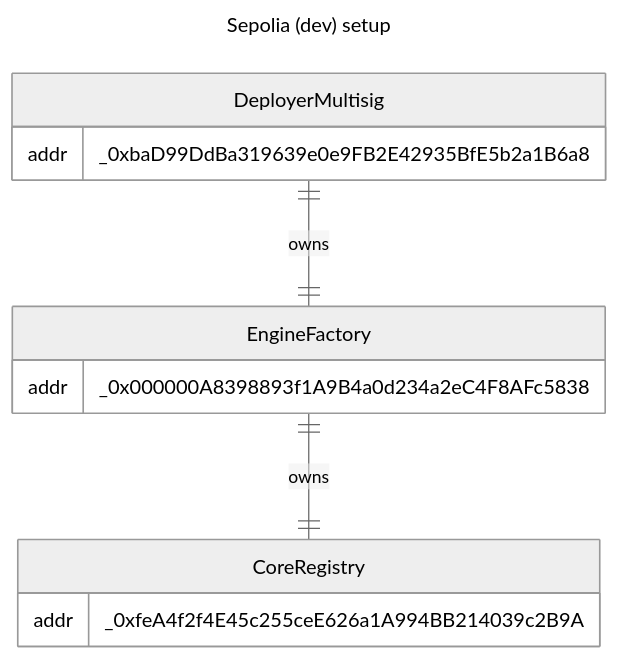
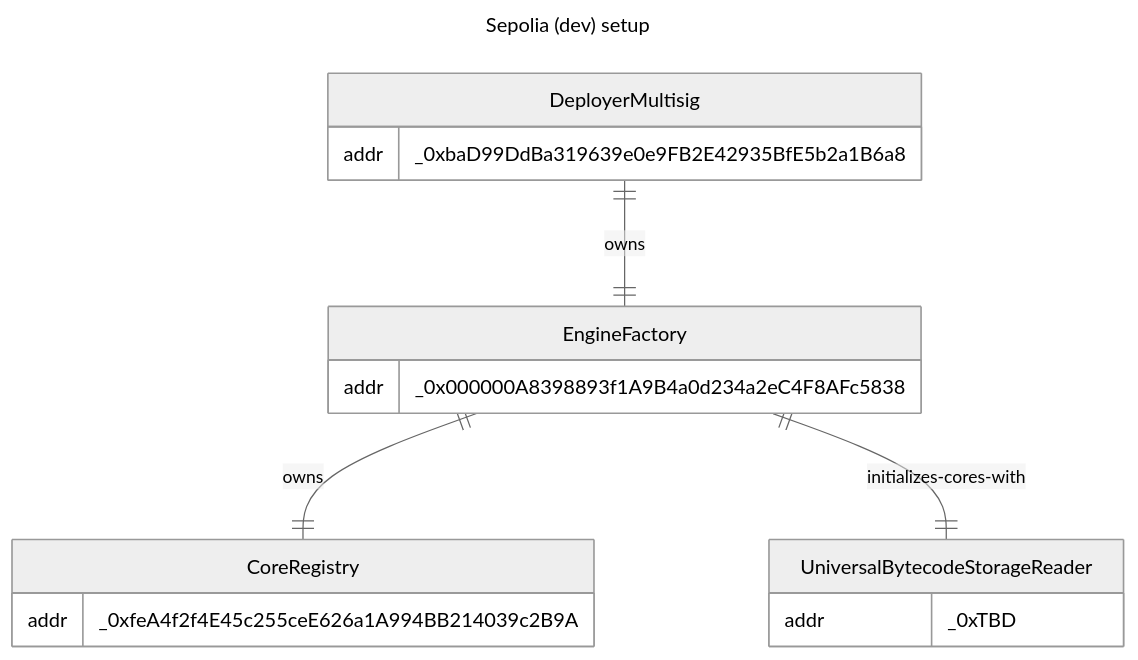
The fourth of 4 diagrams in packages/contracts/INFRASTRUCTURE.md (void-smith660/artblocks-contracts), drawn with Mermaid (neutral theme) before and after one commit. The commit also changed other lines of this file, not shown here.

````diff
--- a/packages/contracts/INFRASTRUCTURE.md
+++ b/packages/contracts/INFRASTRUCTURE.md
@@ -87,17 +100,21 @@
 ```mermaid
 ---
 title: Sepolia (dev) setup
 ---
 erDiagram
     DeployerMultisig ||--|| EngineFactory : owns
     EngineFactory ||--|| CoreRegistry : owns
+    EngineFactory ||--|| UniversalBytecodeStorageReader : initializes-cores-with
     DeployerMultisig {
         addr _0xbaD99DdBa319639e0e9FB2E42935BfE5b2a1B6a8
     }
     EngineFactory {
         addr _0x000000A8398893f1A9B4a0d234a2eC4F8AFc5838
     }
     CoreRegistry {
         addr _0xfeA4f2f4E45c255ceE626a1A994BB214039c2B9A
     }
+    UniversalBytecodeStorageReader {
+        addr _0xTBD
+    }
 ```
````
